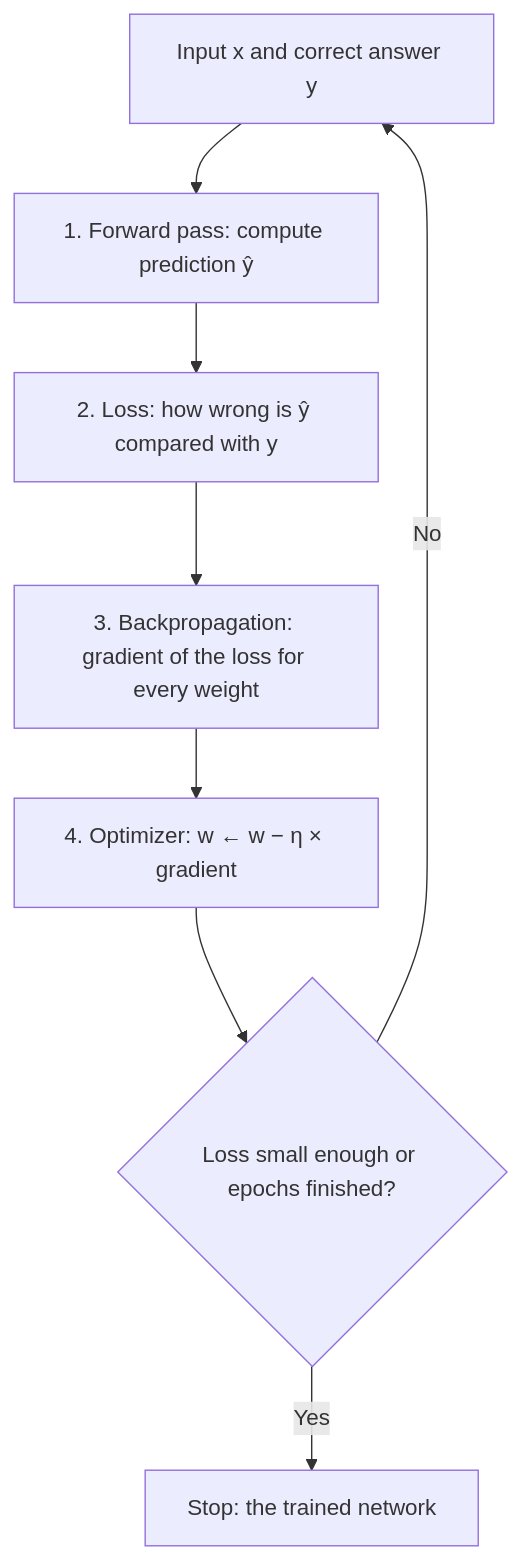
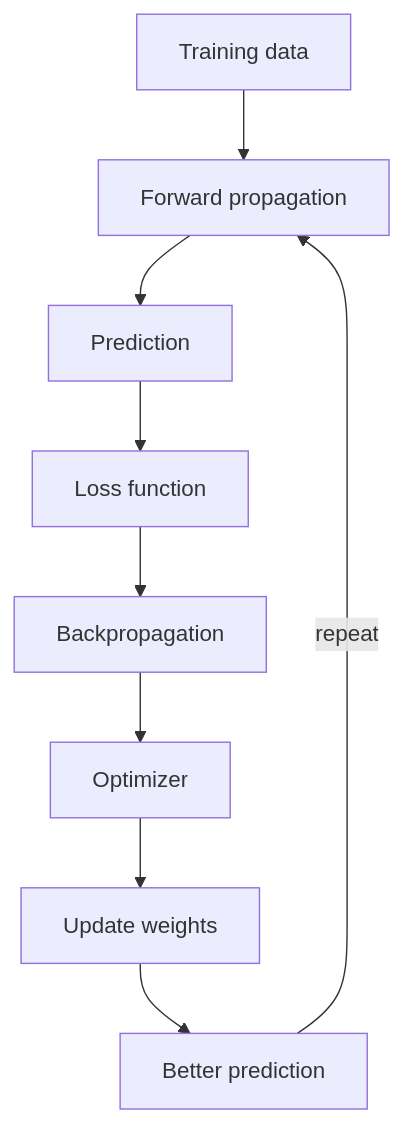
Before and after one commit to TrendySloth1001/sem-seven-notes: the first of 3 diagrams in content/deep-learning/notes/backpropagation.mdx, drawn with Mermaid. The commit also changed other lines of this file and 254 other files, not shown here.

Commit message:
Rewrite the backpropagation, gradient descent, regularization and autoencoder notes and their 29 answers from the teachers' class files. They use 185 teacher figures with class-notes citations only, and correct the AdaGrad, RMSProp, Nesterov and batch-norm numbers on the slides.

````diff
--- a/content/deep-learning/notes/backpropagation.mdx
+++ b/content/deep-learning/notes/backpropagation.mdx
@@ -68,11 +37,12 @@
 ```mermaid
-%% caption: The training loop. Steps 1 and 2 go forwards through the network, step 3 goes backwards, step 4 changes the weights, and then the loop repeats with the next example or batch.
+%% caption: The learning loop of a neural network, as the teacher draws it. Each pass makes the prediction a little better.
 flowchart TD
-  A["Input x and correct answer y"] --> B["1. Forward pass: compute prediction ŷ"]
-  B --> C["2. Loss: how wrong is ŷ compared with y"]
-  C --> D["3. Backpropagation: gradient of the loss for every weight"]
-  D --> E["4. Optimizer: w ← w − η × gradient"]
-  E --> F{"Loss small enough or epochs finished?"}
-  F -- "No" --> A
-  F -- "Yes" --> G["Stop: the trained network"]
+  A["Training data"] --> B["Forward propagation"]
+  B --> C["Prediction"]
+  C --> D["Loss function"]
+  D --> E["Backpropagation"]
+  E --> F["Optimizer"]
+  F --> G["Update weights"]
+  G --> H["Better prediction"]
+  H -->|"repeat"| B
 ```
````
